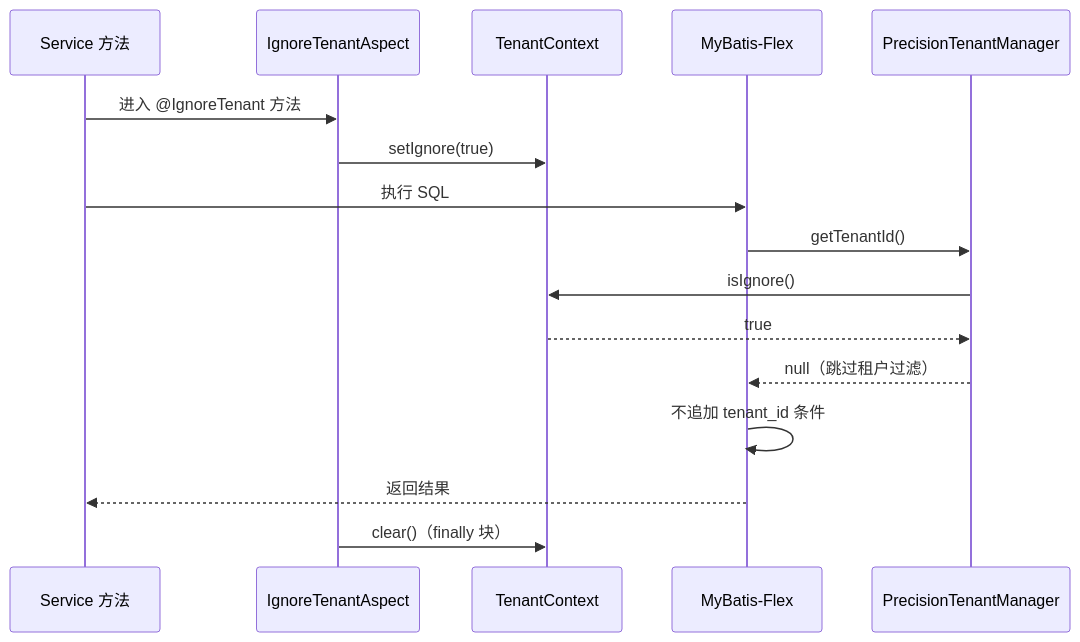
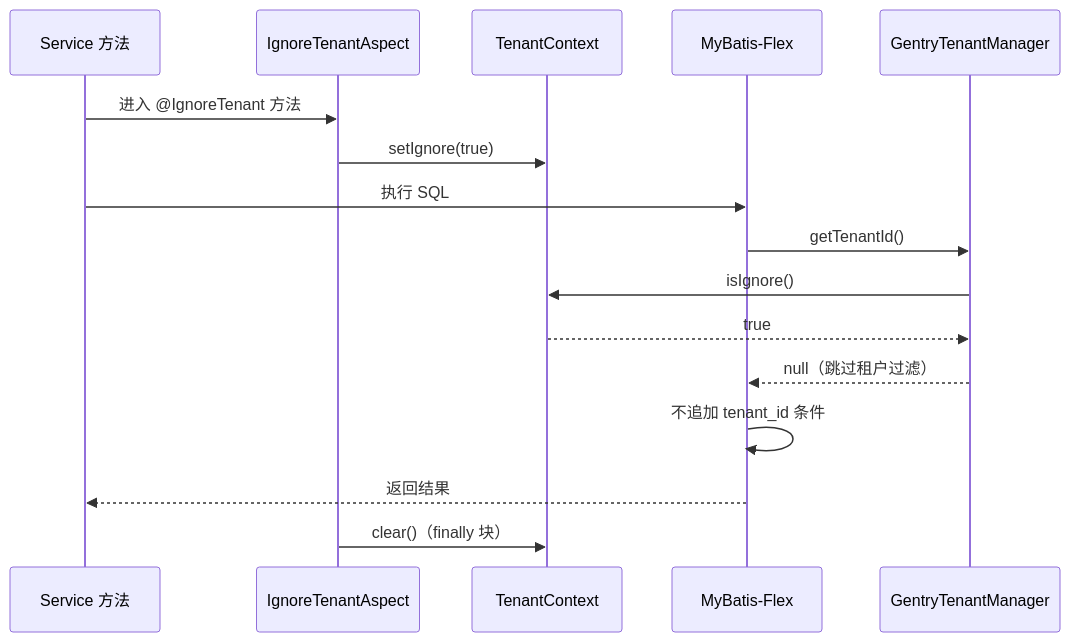
The third of 5 diagrams in doc/design/modules/core/P0-多租户拦截器-详细设计.md (andychen93/gentry-rbac-scaffold), drawn with Mermaid before and after one commit. The commit also changed other lines of this file and 613 other files, not shown here.

First line of the commit message:
refactor!: 项目整体更名 precision → gentry

````diff
--- a/doc/design/modules/core/P0-多租户拦截器-详细设计.md
+++ b/doc/design/modules/core/P0-多租户拦截器-详细设计.md
@@ -477,21 +477,21 @@
 ```mermaid
 sequenceDiagram
     participant Service as Service 方法
     participant AOP as IgnoreTenantAspect
     participant TC as TenantContext
     participant MF as MyBatis-Flex
-    participant TM as PrecisionTenantManager
+    participant TM as GentryTenantManager
 
     Service->>AOP: 进入 @IgnoreTenant 方法
     AOP->>TC: setIgnore(true)
 
     Service->>MF: 执行 SQL
     MF->>TM: getTenantId()
     TM->>TC: isIgnore()
     TC-->>TM: true
     TM-->>MF: null（跳过租户过滤）
     MF->>MF: 不追加 tenant_id 条件
     MF-->>Service: 返回结果
 
     AOP->>TC: clear()（finally 块）
 ```
````
